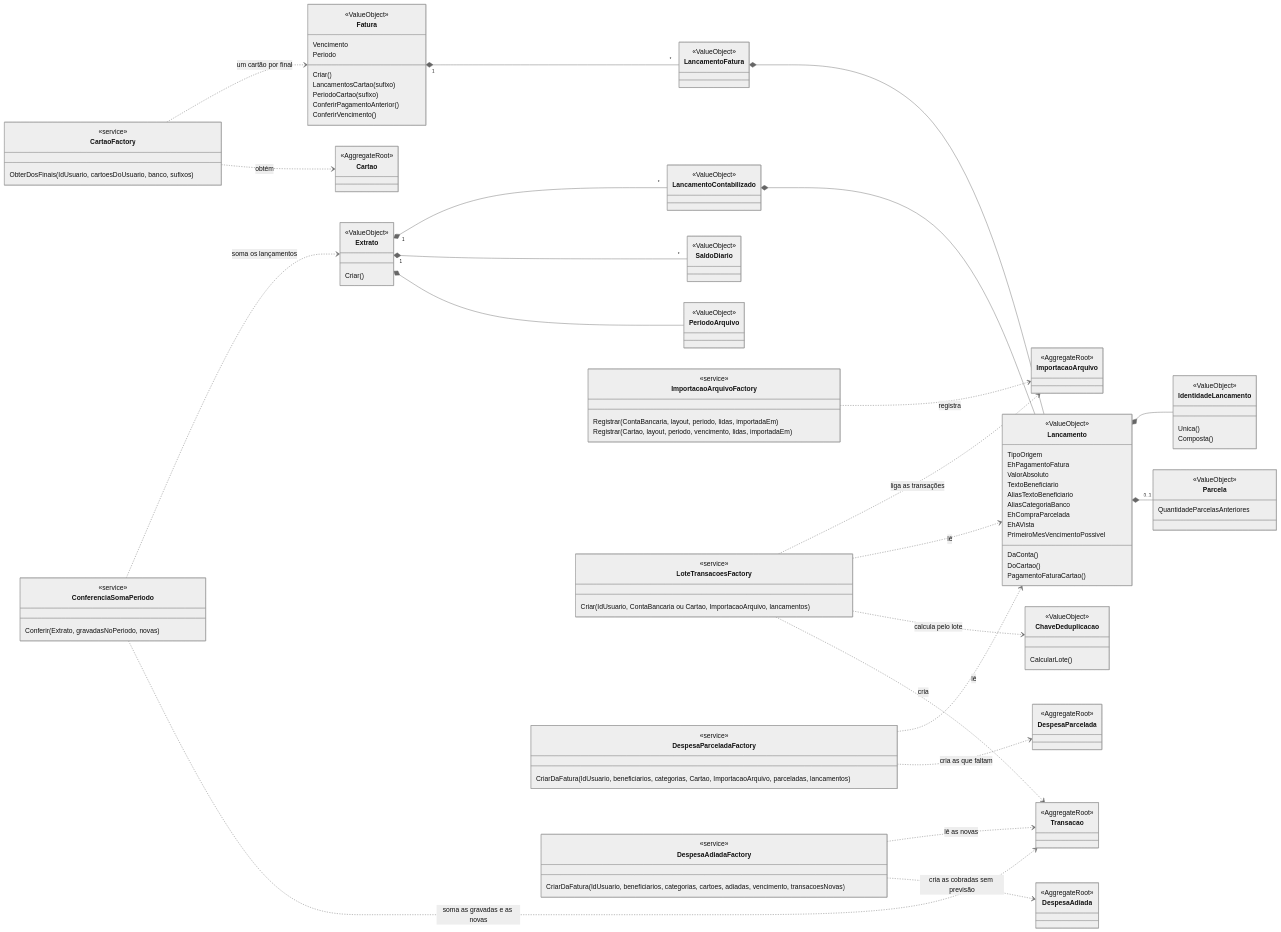
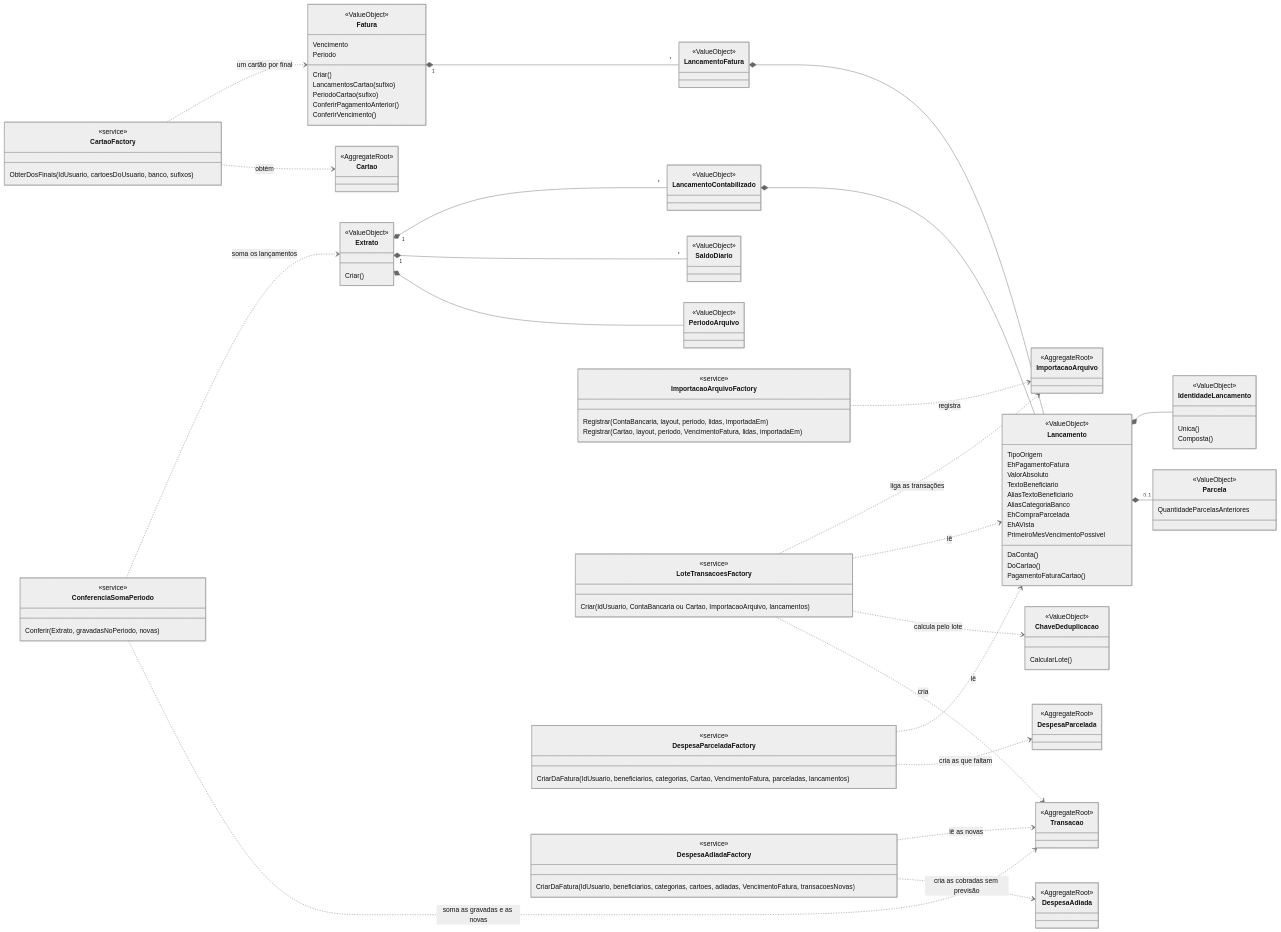
One commit to humbertosampaio/controle-financeiro changed the second of 2 diagrams in docs/modelo-de-dominio.md. Above: the diagram before and after it, drawn with Mermaid (neutral theme). The commit also changed other lines of this file and 37 other files, not shown here.

First line of the commit message:
refactor(dominio): Leva o VencimentoFatura ao domínio todo

```diff
--- a/docs/modelo-de-dominio.md
+++ b/docs/modelo-de-dominio.md
@@ -403,7 +403,7 @@
     class ImportacaoArquivoFactory {
         <<service>>
         Registrar(ContaBancaria, layout, periodo, lidas, importadaEm)
-        Registrar(Cartao, layout, periodo, vencimento, lidas, importadaEm)
+        Registrar(Cartao, layout, periodo, VencimentoFatura, lidas, importadaEm)
     }
     class LoteTransacoesFactory {
         <<service>>
@@ -411,11 +411,11 @@
     }
     class DespesaParceladaFactory {
         <<service>>
-        CriarDaFatura(IdUsuario, beneficiarios, categorias, Cartao, ImportacaoArquivo, parceladas, lancamentos)
+        CriarDaFatura(IdUsuario, beneficiarios, categorias, Cartao, VencimentoFatura, parceladas, lancamentos)
     }
     class DespesaAdiadaFactory {
         <<service>>
-        CriarDaFatura(IdUsuario, beneficiarios, categorias, cartoes, adiadas, vencimento, transacoesNovas)
+        CriarDaFatura(IdUsuario, beneficiarios, categorias, cartoes, adiadas, VencimentoFatura, transacoesNovas)
     }
     class DespesaParcelada {
         <<AggregateRoot>>
```
